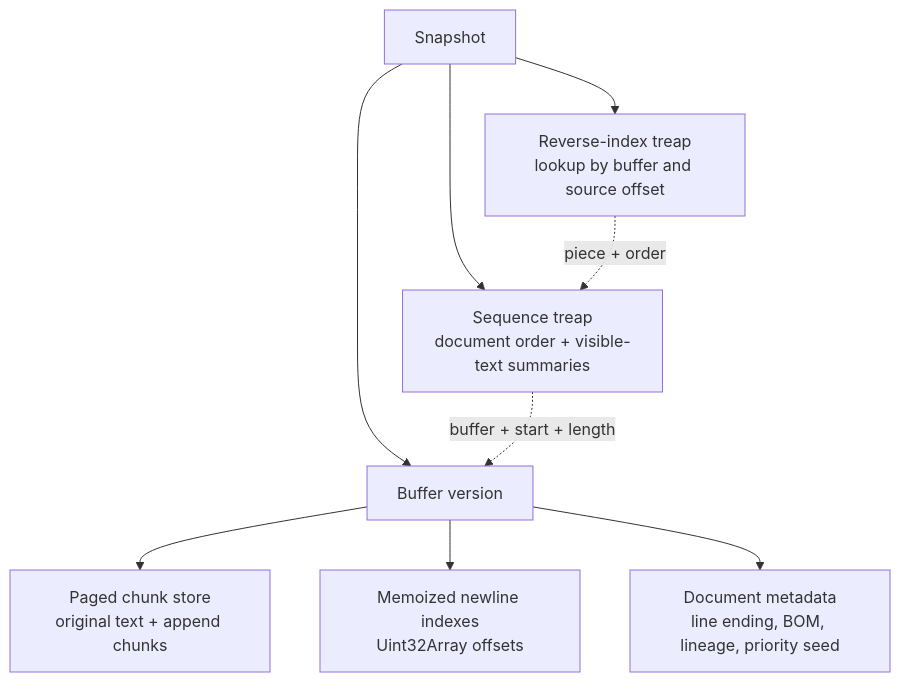
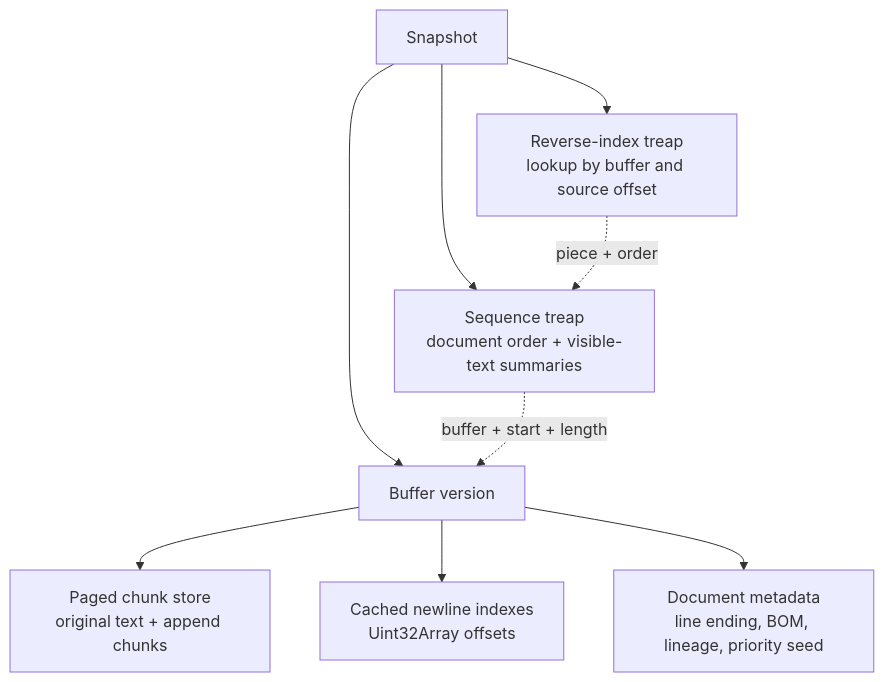
Before and after one commit to ShaulLavo/singapore: the first of 3 diagrams in packages/textbuffer/README.md, drawn with Mermaid. The commit also changed other lines of this file, not shown here.

````diff
--- a/packages/textbuffer/README.md
+++ b/packages/textbuffer/README.md
@@ -35,11 +33,11 @@
 ```mermaid
 flowchart TD
   S["Snapshot"] --> T["Sequence treap<br/>document order + visible-text summaries"]
   S --> R["Reverse-index treap<br/>lookup by buffer and source offset"]
   S --> B["Buffer version"]
   R -. "piece + order" .-> T
   T -. "buffer + start + length" .-> B
   B --> C["Paged chunk store<br/>original text + append chunks"]
-  B --> L["Memoized newline indexes<br/>Uint32Array offsets"]
+  B --> L["Cached newline indexes<br/>Uint32Array offsets"]
   B --> M["Document metadata<br/>line ending, BOM, lineage, priority seed"]
 ```
````
